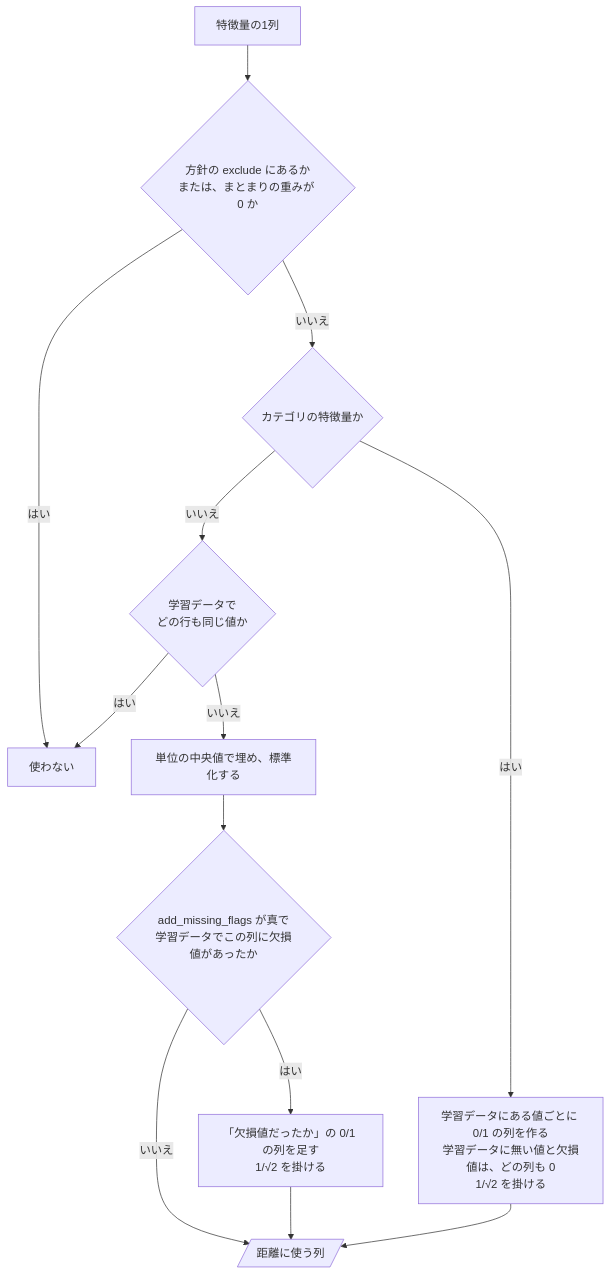
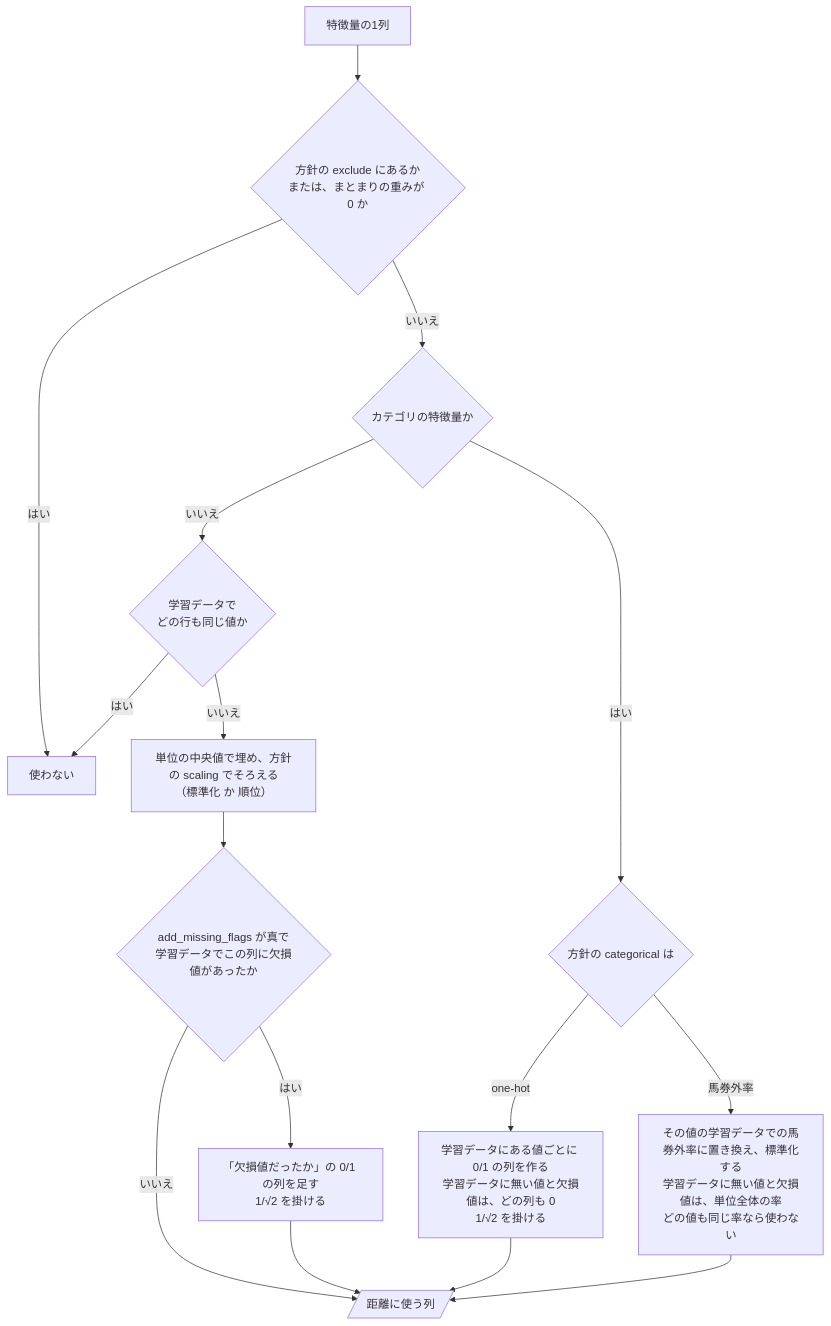
Before and after one commit to ht-0328/keiba-yosou: the diagram in docs/design/1番人気を買うか消すかを予想/12-neighbor-distance.md, drawn with Mermaid. The commit also changed other lines of this file and 9 other files, not shown here.

````diff
--- a/docs/design/1番人気を買うか消すかを予想/12-neighbor-distance.md
+++ b/docs/design/1番人気を買うか消すかを予想/12-neighbor-distance.md
@@ -42,15 +42,18 @@
 ```mermaid
 flowchart TD
     S["特徴量の1列"] --> Q1{"方針の exclude にあるか<br>または、まとまりの重みが 0 か"}
     Q1 -->|はい| X["使わない"]
     Q1 -->|いいえ| Q2{"カテゴリの特徴量か"}
-    Q2 -->|はい| C["学習データにある値ごとに 0/1 の列を作る<br>学習データに無い値と欠損値は、どの列も 0<br>1/√2 を掛ける"]
+    Q2 -->|はい| Q5{"方針の categorical は"}
+    Q5 -->|one-hot| C["学習データにある値ごとに 0/1 の列を作る<br>学習データに無い値と欠損値は、どの列も 0<br>1/√2 を掛ける"]
+    Q5 -->|馬券外率| T["その値の学習データでの馬券外率に置き換え、標準化する<br>学習データに無い値と欠損値は、単位全体の率<br>どの値も同じ率なら使わない"]
     Q2 -->|いいえ| Q3{"学習データで<br>どの行も同じ値か"}
     Q3 -->|はい| X
-    Q3 -->|いいえ| M["単位の中央値で埋め、標準化する"]
+    Q3 -->|いいえ| M["単位の中央値で埋め、方針の scaling でそろえる<br>（標準化 か 順位）"]
     M --> Q4{"add_missing_flags が真で<br>学習データでこの列に欠損値があったか"}
     Q4 -->|はい| F["「欠損値だったか」の 0/1 の列を足す<br>1/√2 を掛ける"]
     Q4 -->|いいえ| R[/"距離に使う列"/]
     F --> R
     C --> R
+    T --> R
 ```
````
